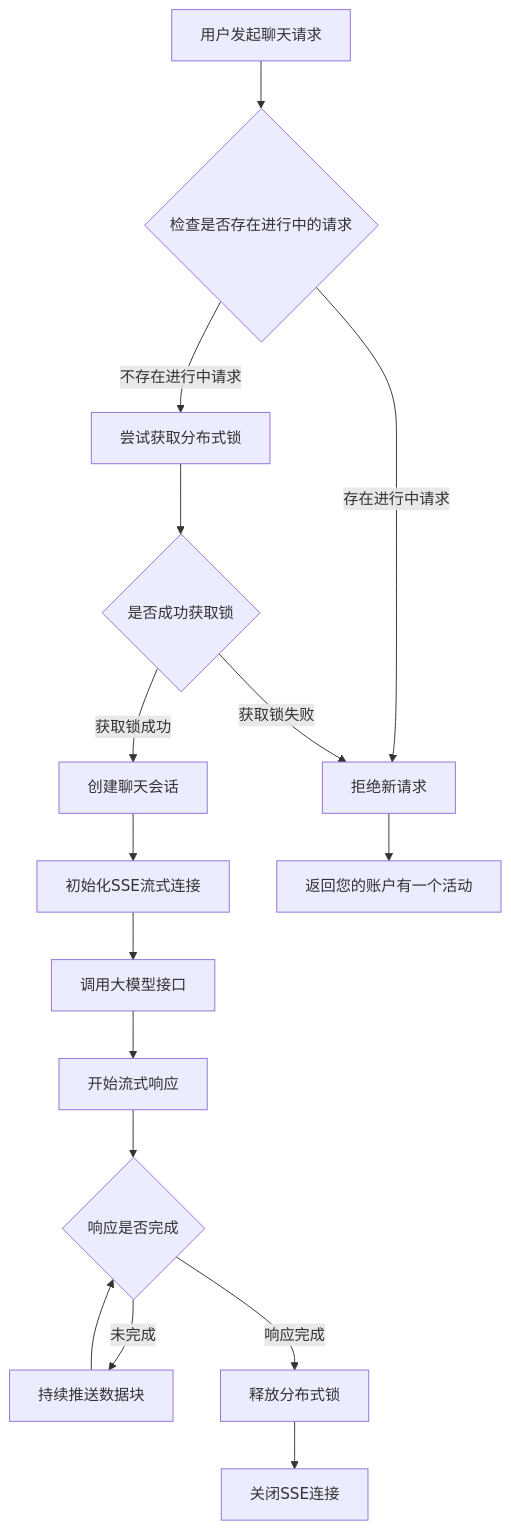
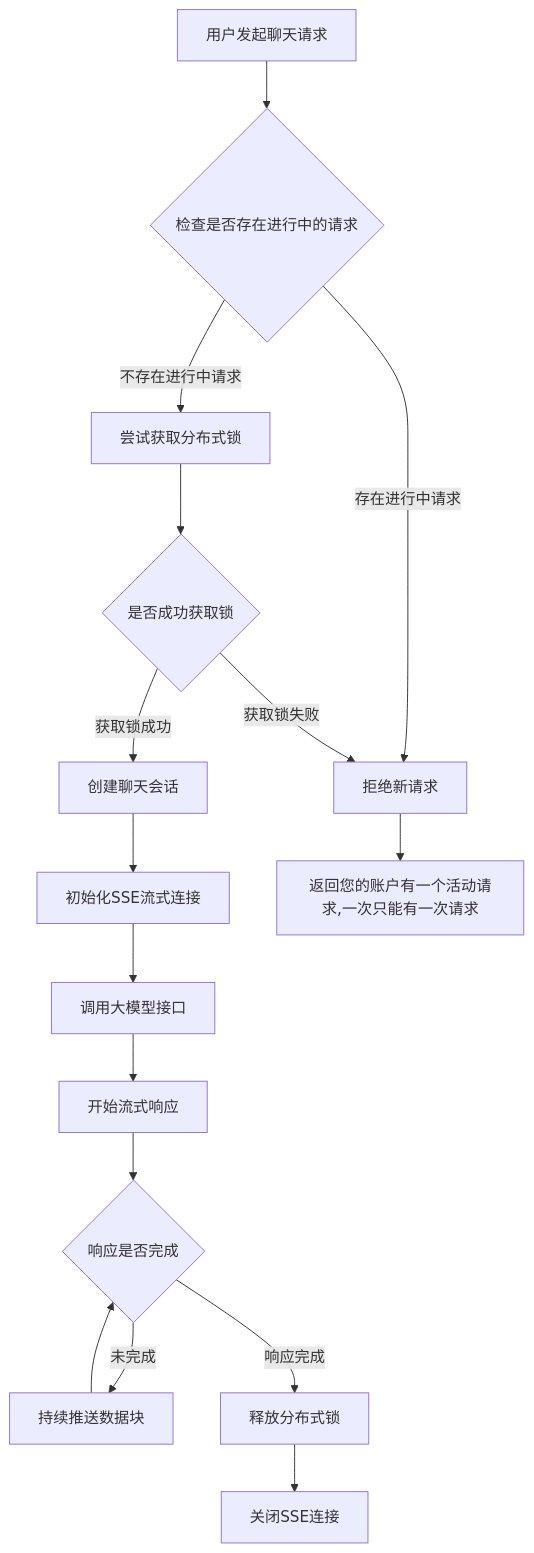
The diagram in all/chat单用户单请求-15.md (yingjianzh/iodraw-files), drawn with Mermaid before and after one commit.

Commit message:
2025-01-02 17:00:32 update

````diff
--- a/all/chat单用户单请求-15.md
+++ b/all/chat单用户单请求-15.md
@@ -1,23 +1,23 @@
 ```mermaid
 flowchart TD
     A[用户发起聊天请求] --> B{检查是否存在进行中的请求}
     B -->|存在进行中请求| C[拒绝新请求]
     B -->|不存在进行中请求| D[尝试获取分布式锁]
     
     D --> E{是否成功获取锁}
     E -->|获取锁成功| F[创建聊天会话]
     E -->|获取锁失败| C
     
     F --> G[初始化SSE流式连接]
     G --> H[调用大模型接口]
     H --> I[开始流式响应]
     
     I --> J{响应是否完成}
     J -->|未完成| K[持续推送数据块]
     K --> J
     
     J -->|响应完成| L[释放分布式锁]
     L --> M[关闭SSE连接]
     
-    C --> N[返回您的账户有一个活动]
+    C --> N[返回您的账户有一个活动请求,一次只能有一次请求]
 ```
````
